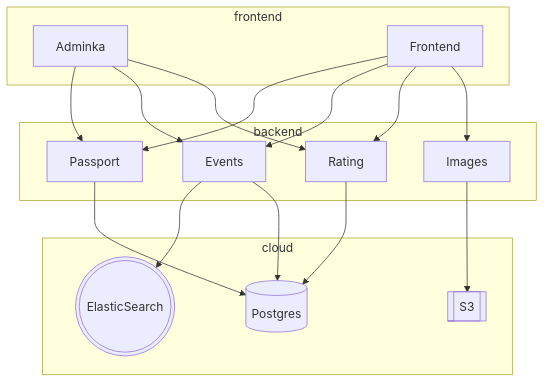
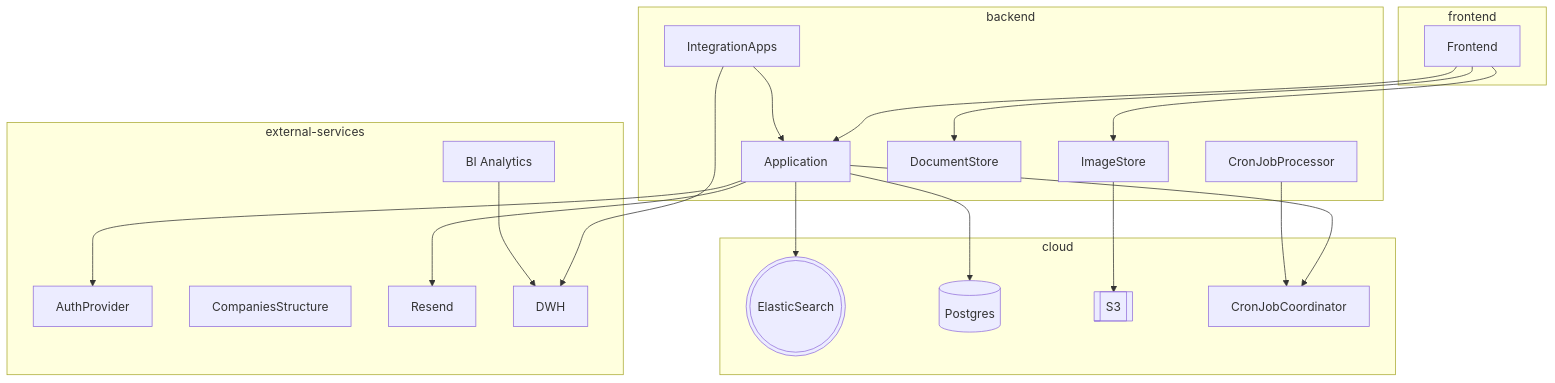
Before and after one commit to lct23/.github: the second of 2 diagrams in profile/README.md, drawn with Mermaid. The commit also changed other lines of this file, not shown here.

Commit message:
Добавил диаграммки

````diff
--- a/profile/README.md
+++ b/profile/README.md
@@ -32,41 +60,46 @@
 ```mermaid
 graph TD;
    subgraph backend
-   Passport
-   click Passport "https://github.com/lct23/backend/tree/master/passport" _blank
-   Events
-   click Events "https://github.com/lct23/backend/tree/master/events" _blank
-   Rating
-   click Rating "https://github.com/lct23/backend/tree/master/rating" _blank
-   Images
-   click Images "https://github.com/lct23/backend/tree/master/image-store" _blank
+   Application
+   ImageStore
+   DocumentStore
+   IntegrationApps
+   CronJobProcessor
    end
-   
+
    subgraph frontend
-   Adminka;
-   click Adminka "https://github.com/lct23/backend/tree/master/admin" _blank
    Frontend;
-   click Frontend "https://github.com/lct23/frontend" _blank
    end
    
    subgraph cloud
    ElasticSearch(((ElasticSearch)))
    DB[(Postgres)]
    S3[[S3]]
+   CronJobCoordinator
+   end
+
+   subgraph external-services
+   AuthProvider
+   CompaniesStructure
+   Resend
+   DWH
+   BI[BI Analytics]
    end
    
-   Frontend --> Passport
-   Frontend --> Events
-   Frontend --> Rating
-   Frontend --> Images
+   Frontend --> Application
+   Frontend --> ImageStore
+   Frontend --> DocumentStore
+
+   Application --> AuthProvider
+   Application --> DB
+   Application --> ElasticSearch
+   Application --> CronJobCoordinator
+   Application --> Resend
+
+   IntegrationApps --> Application
+   IntegrationApps --> DWH
+   BI --> DWH
    
-   Adminka --> Passport
-   Adminka --> Events
-   Adminka --> Rating
-   
-   Events --> ElasticSearch
-   Events --> DB
-   Passport --> DB
-   Rating --> DB
-   Images --> S3
+   CronJobProcessor --> CronJobCoordinator
+   ImageStore --> S3
 ```
````
